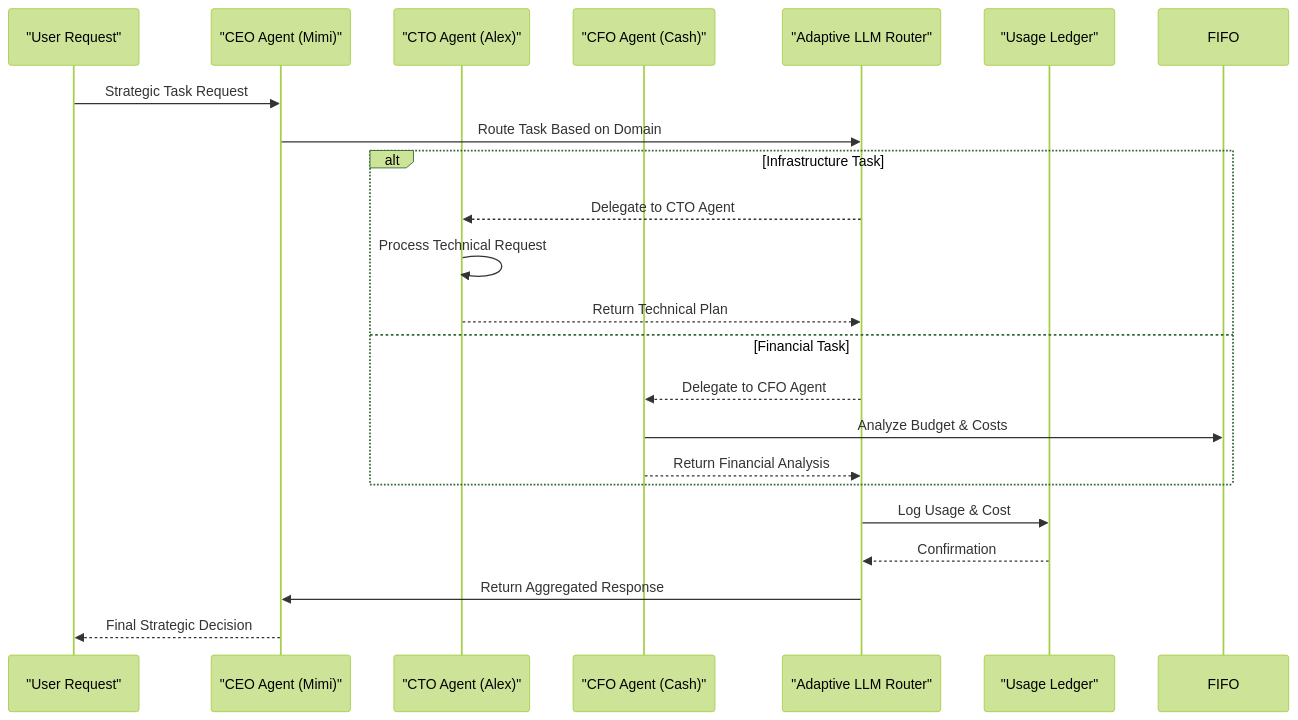
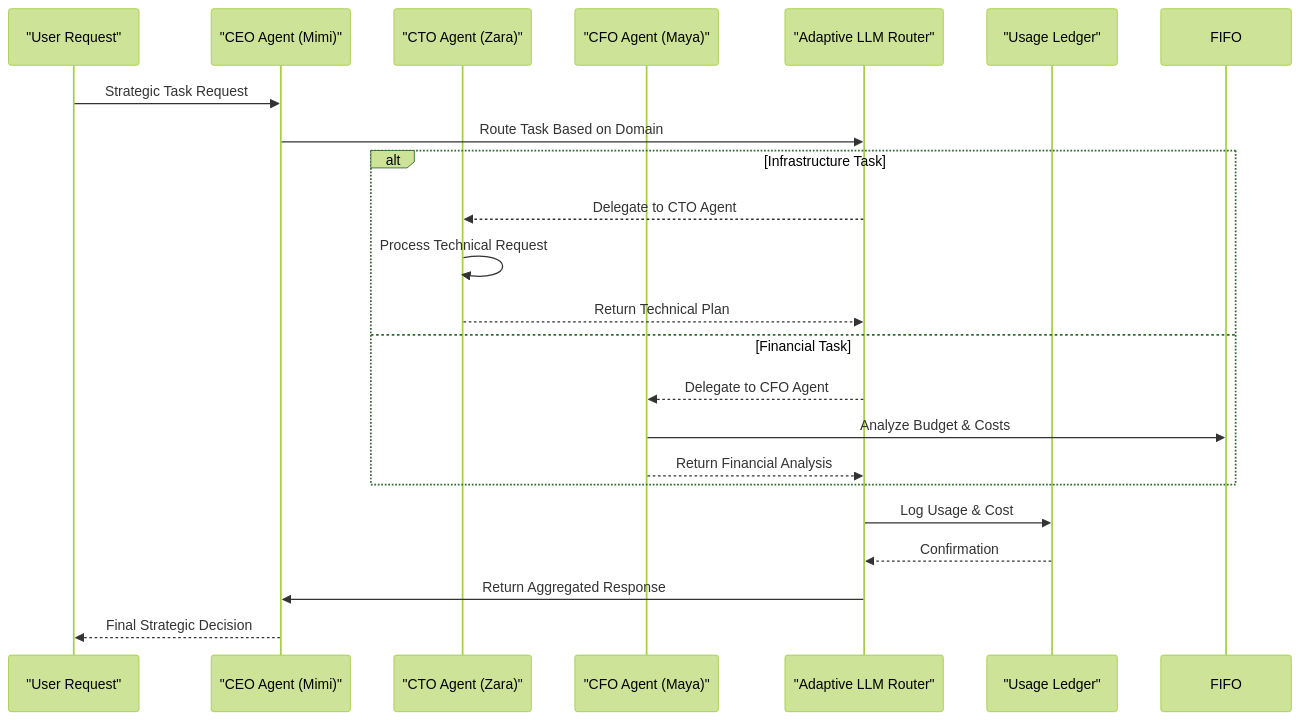
The second of 6 diagrams in .qoder/repowiki/en/content/Agent Ecosystem/C-Suite Agents/C-Suite Agents.md (371-Minds/os), drawn with Mermaid (forest theme) before and after one commit. The commit also changed other lines of this file and 10 other files, not shown here.

````diff
--- a/.qoder/repowiki/en/content/Agent Ecosystem/C-Suite Agents/C-Suite Agents.md
+++ b/.qoder/repowiki/en/content/Agent Ecosystem/C-Suite Agents/C-Suite Agents.md
@@ -198,24 +227,24 @@
 ```mermaid
 sequenceDiagram
 participant User as "User Request"
 participant CEO as "CEO Agent (Mimi)"
-participant CTO as "CTO Agent (Alex)"
-participant CFO as "CFO Agent (Cash)"
+participant CTO as "CTO Agent (Zara)"
+participant CFO as "CFO Agent (Maya)"
 participant Router as "Adaptive LLM Router"
 participant Ledger as "Usage Ledger"
 User->>CEO : Strategic Task Request
 CEO->>Router : Route Task Based on Domain
 alt Infrastructure Task
 Router-->>CTO : Delegate to CTO Agent
 CTO->>CTO : Process Technical Request
 CTO-->>Router : Return Technical Plan
 else Financial Task
 Router-->>CFO : Delegate to CFO Agent
 CFO->>FIFO : Analyze Budget & Costs
 CFO-->>Router : Return Financial Analysis
 end
 Router->>Ledger : Log Usage & Cost
 Ledger-->>Router : Confirmation
 Router->>CEO : Return Aggregated Response
 CEO-->>User : Final Strategic Decision
 ```
````
